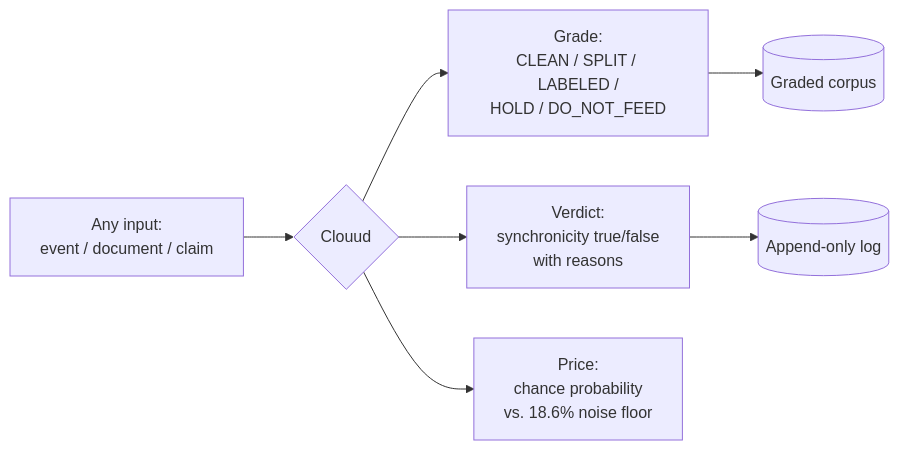
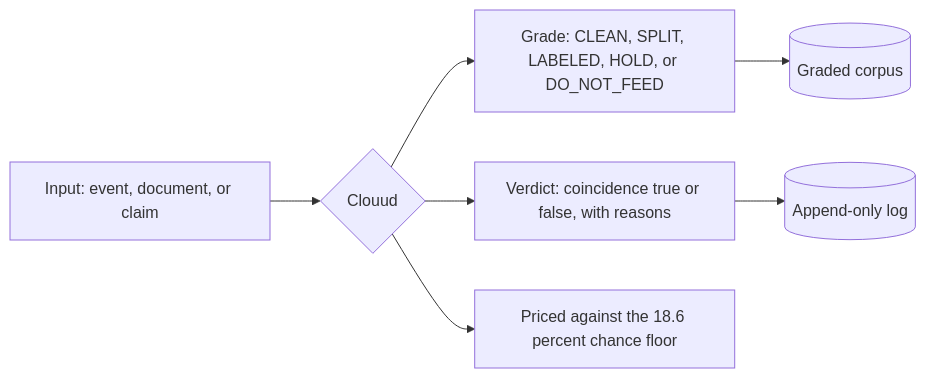
The first of 2 diagrams in README.md (uuonnouu/clouud-public), drawn with Mermaid before and after one commit. The commit also changed other lines of this file, not shown here.

````diff
--- a/README.md
+++ b/README.md
@@ -18,9 +11,9 @@
 ```mermaid
 flowchart LR
-    A[Any input:\nevent / document / claim] --> B{Clouud}
-    B --> C[Grade:\nCLEAN / SPLIT / LABELED /\nHOLD / DO_NOT_FEED]
-    B --> D[Verdict:\nsynchronicity true/false\nwith reasons]
-    B --> E[Price:\nchance probability\nvs. 18.6% noise floor]
+    A[Input: event, document, or claim] --> B{Clouud}
+    B --> C[Grade: CLEAN, SPLIT, LABELED, HOLD, or DO_NOT_FEED]
+    B --> D[Verdict: coincidence true or false, with reasons]
+    B --> E[Priced against the 18.6 percent chance floor]
     C --> F[(Graded corpus)]
     D --> G[(Append-only log)]
 ```
````
